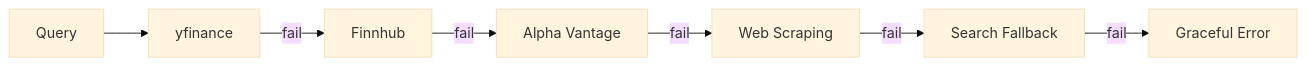
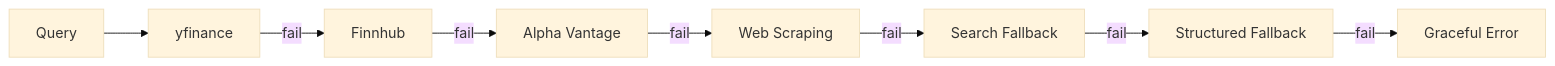
One commit to kkkano/FinSight changed the third of 3 diagrams in readme.md. Above: the diagram before and after it, drawn with Mermaid (base theme). The commit also changed other lines of this file and 6 other files, not shown here.

````diff
--- a/readme.md
+++ b/readme.md
@@ -171,9 +155,10 @@
 ```mermaid
 graph LR
     Q[Query] --> A[yfinance]
     A -->|fail| B[Finnhub]
     B -->|fail| C[Alpha Vantage]
     C -->|fail| D[Web Scraping]
     D -->|fail| E[Search Fallback]
-    E -->|fail| F[Graceful Error]
+    E -->|fail| F[Structured Fallback]
+    F -->|fail| G[Graceful Error]
 ```
````
